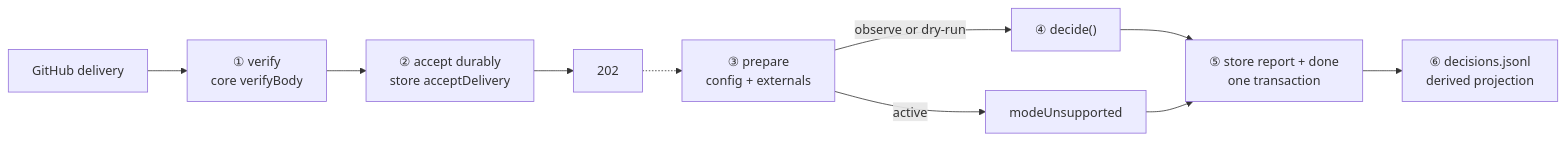
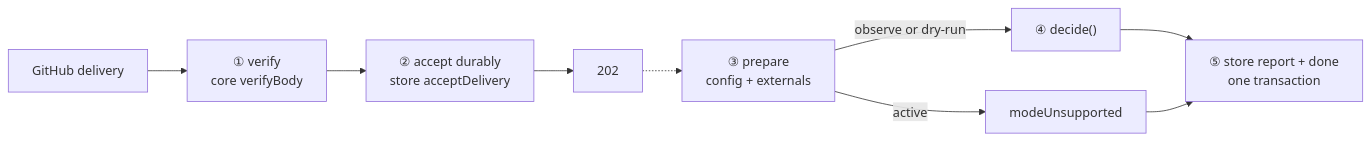
Before and after one commit to cheese-cakee/sdk-automations: the diagram in packages/shell/README.md, drawn with Mermaid. The commit also changed other lines of this file and 14 other files, not shown here.

````diff
--- a/packages/shell/README.md
+++ b/packages/shell/README.md
@@ -8,12 +8,11 @@
 ```mermaid
 flowchart LR
     GH[GitHub delivery] --> V["① verify\ncore verifyBody"]
     V --> A["② accept durably\nstore acceptDelivery"]
     A --> ACK["202"]
     ACK -.-> P["③ prepare\nconfig + externals"]
     P -->|observe or dry-run| D["④ decide()"]
     P -->|active| U["modeUnsupported"]
     D --> C["⑤ store report + done\none transaction"]
     U --> C
-    C --> R["⑥ decisions.jsonl\nderived projection"]
 ```
````
